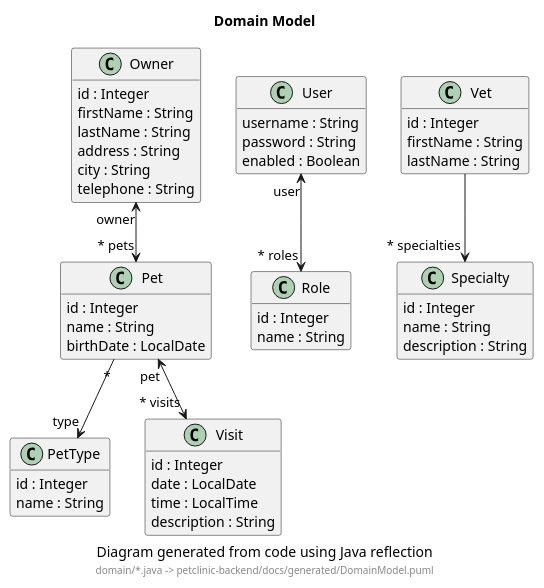
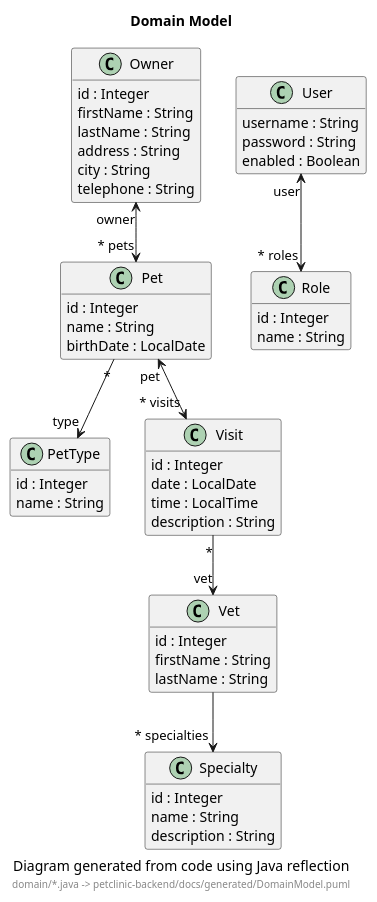
Before and after one commit to victorrentea/petclinic: the diagram in petclinic-backend/docs/generated/DomainModel.puml, drawn with PlantUML. The commit also changed 19 other files, not shown here.

First line of the commit message:
feat(visits): link a visit to the vet that attended it

```diff
--- a/petclinic-backend/docs/generated/DomainModel.puml
+++ b/petclinic-backend/docs/generated/DomainModel.puml
@@ -1,61 +1,62 @@
 @startuml
 
 title Domain Model
 caption Diagram generated from code using Java reflection
 footer domain/*.java -> petclinic-backend/docs/generated/DomainModel.puml
 
 hide empty members
 skinparam classAttributeIconSize 0
 skinparam hyperlinkUnderline false
 skinparam hyperlinkColor #000000
 
 class Owner [[src://petclinic-backend/src/main/java/victor/training/petclinic/domain/Owner.java:28{Click to open in editor}]] {
   id : Integer
   firstName : String
   lastName : String
   address : String
   city : String
   telephone : String
 }
 class Pet [[src://petclinic-backend/src/main/java/victor/training/petclinic/domain/Pet.java:29{Click to open in editor}]] {
   id : Integer
   name : String
   birthDate : LocalDate
 }
 class PetType [[src://petclinic-backend/src/main/java/victor/training/petclinic/domain/PetType.java:8{Click to open in editor}]] {
   id : Integer
   name : String
 }
 class Role [[src://petclinic-backend/src/main/java/victor/training/petclinic/domain/Role.java:8{Click to open in editor}]] {
   id : Integer
   name : String
 }
 class Specialty [[src://petclinic-backend/src/main/java/victor/training/petclinic/domain/Specialty.java:7{Click to open in editor}]] {
   id : Integer
   name : String
   description : String
 }
 class User [[src://petclinic-backend/src/main/java/victor/training/petclinic/domain/User.java:11{Click to open in editor}]] {
   username : String
   password : String
   enabled : Boolean
 }
 class Vet [[src://petclinic-backend/src/main/java/victor/training/petclinic/domain/Vet.java:11{Click to open in editor}]] {
   id : Integer
   firstName : String
   lastName : String
 }
 class Visit [[src://petclinic-backend/src/main/java/victor/training/petclinic/domain/Visit.java:11{Click to open in editor}]] {
   id : Integer
   date : LocalDate
   time : LocalTime
   description : String
 }
 
 Owner "owner" <--> "~* pets" Pet
 Pet "~*" --> "type" PetType
 Pet "pet" <--> "~* visits" Visit
 User "user" <--> "~* roles" Role
 Vet --> "~* specialties" Specialty
+Visit "~*" --> "vet" Vet
 
 @enduml
```
